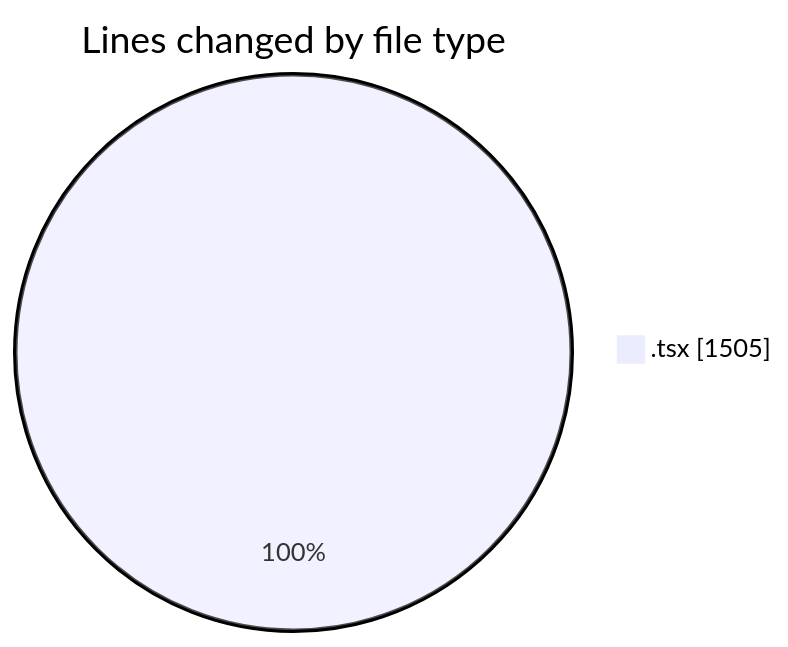
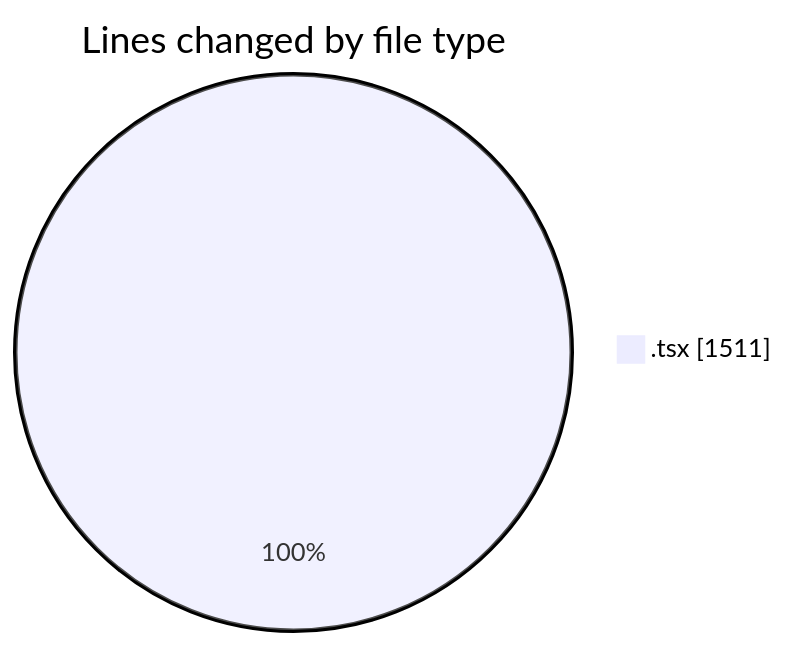
One commit to nxtqubesakshisongat/code-tracking changed the first of 2 diagrams in 2026-06-23/nxtqube_webapp/README.md. Above: the diagram before and after it, drawn with Mermaid. The commit also changed other lines of this file and 1 other file, not shown here.

````diff
--- a/2026-06-23/nxtqube_webapp/README.md
+++ b/2026-06-23/nxtqube_webapp/README.md
@@ -20,5 +20,5 @@
 ```mermaid
 pie showData
 title Lines changed by file type
-".tsx" : 1505
+".tsx" : 1511
 ```
````
